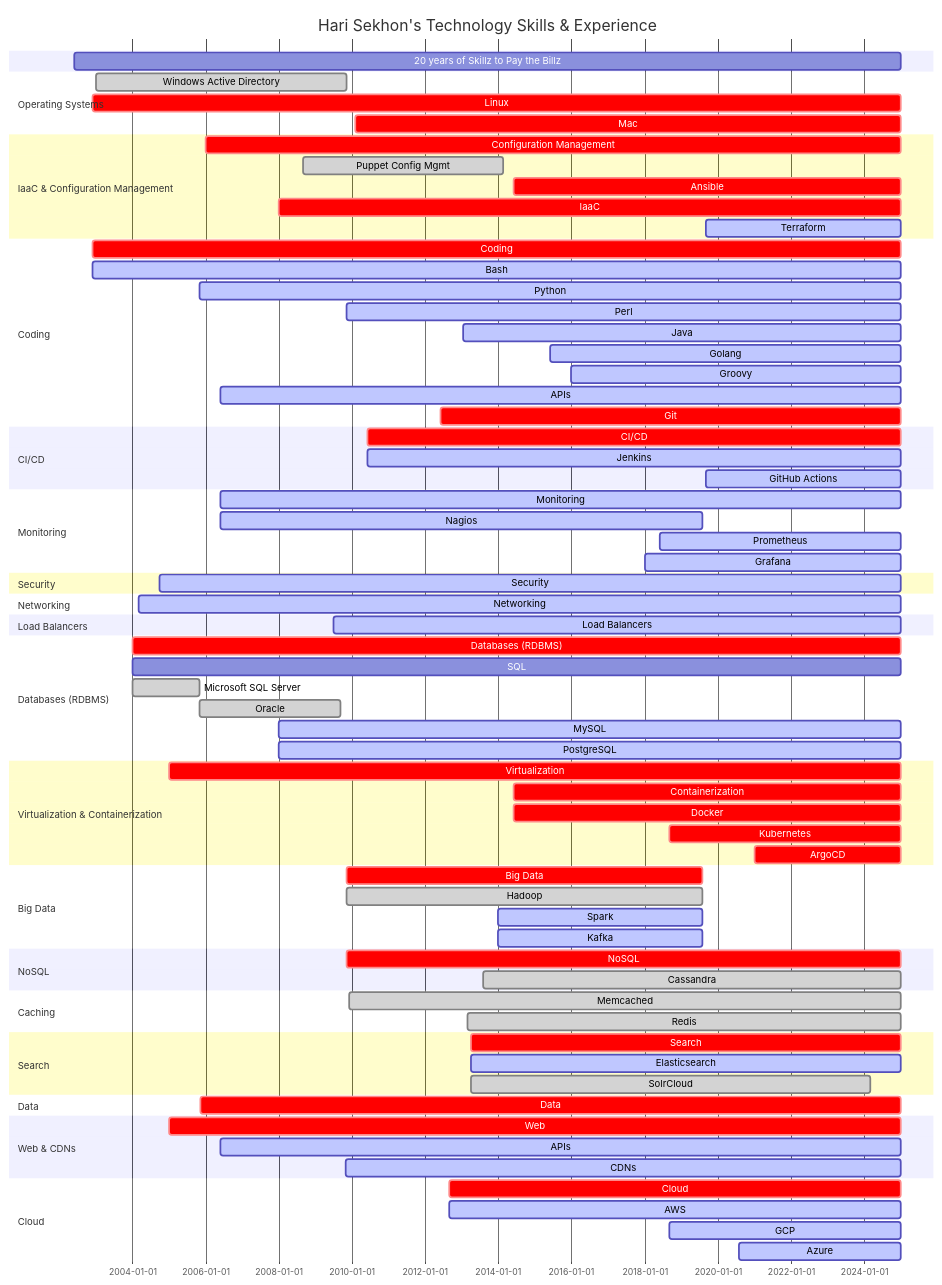
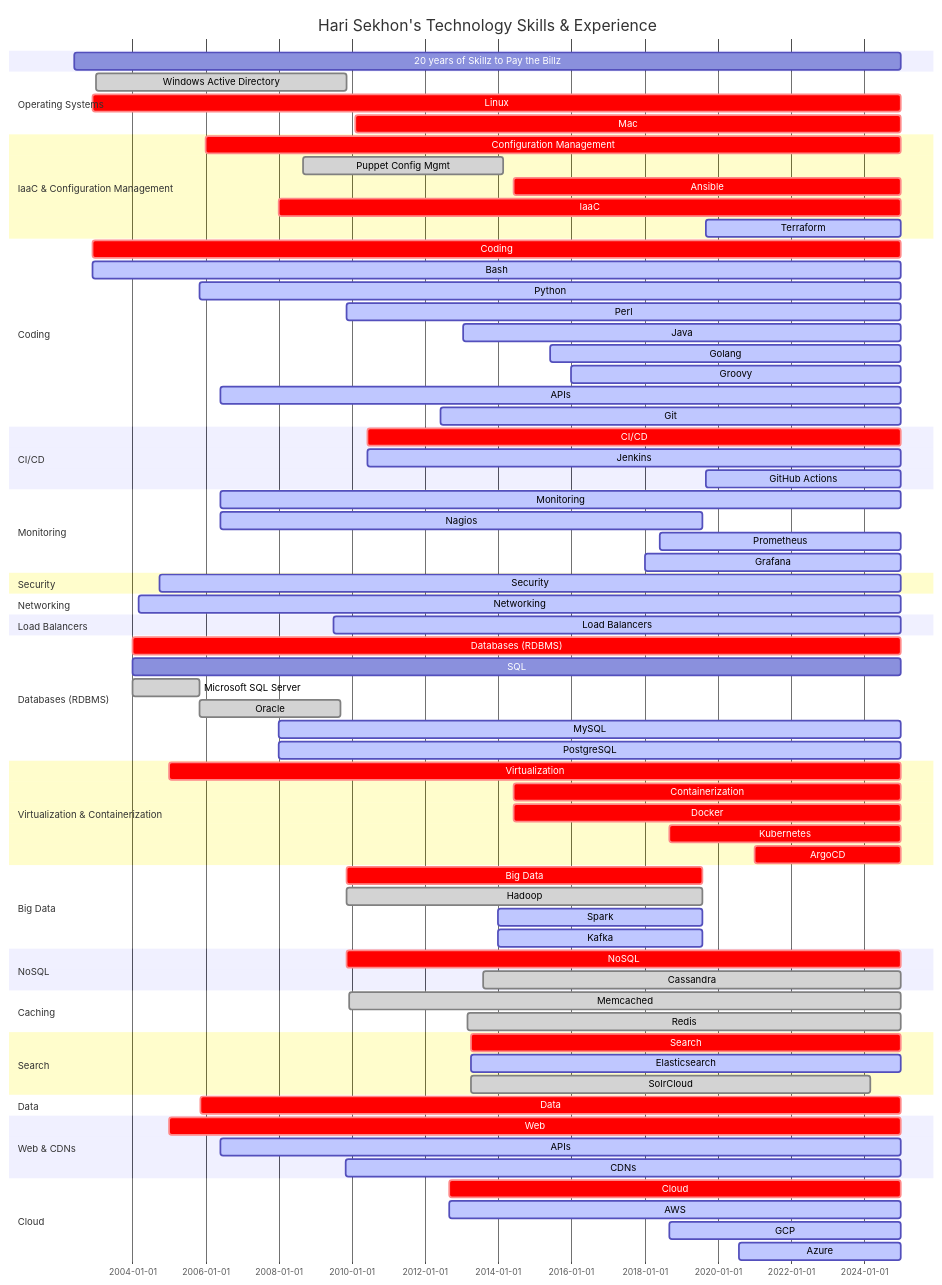
Before and after one commit to HariSekhon/HariSekhon: the diagram in README.md, drawn with Mermaid.

```diff
--- a/README.md
+++ b/README.md
@@ -324,8 +324,8 @@
     %%section Version Control Systems
     %%Subversion             : done, 2005-11-13, 2012-06-01
     %%Mercurial              : done, 2011-06-01, 2013-06-01
-    Git                    : crit, 2012-06-01, 2024-12-31
-    %%GitHub                 : crit, 2012-12-31, 2024-12-31
+    Git                    : active, 2012-06-01, 2024-12-31
+    %%GitHub                 : active, 2012-12-31, 2024-12-31
 
     section CI/CD
     CI/CD                  : crit, 2010-06-01, 2024-12-31
```
